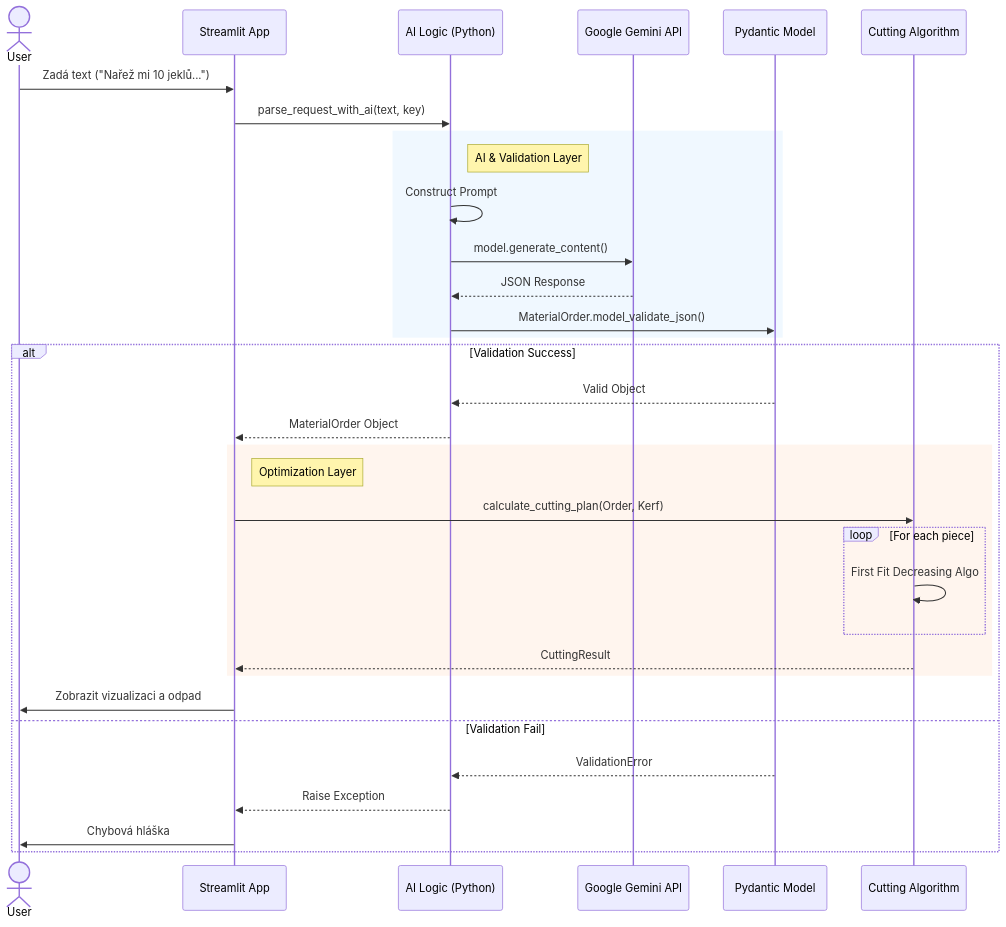
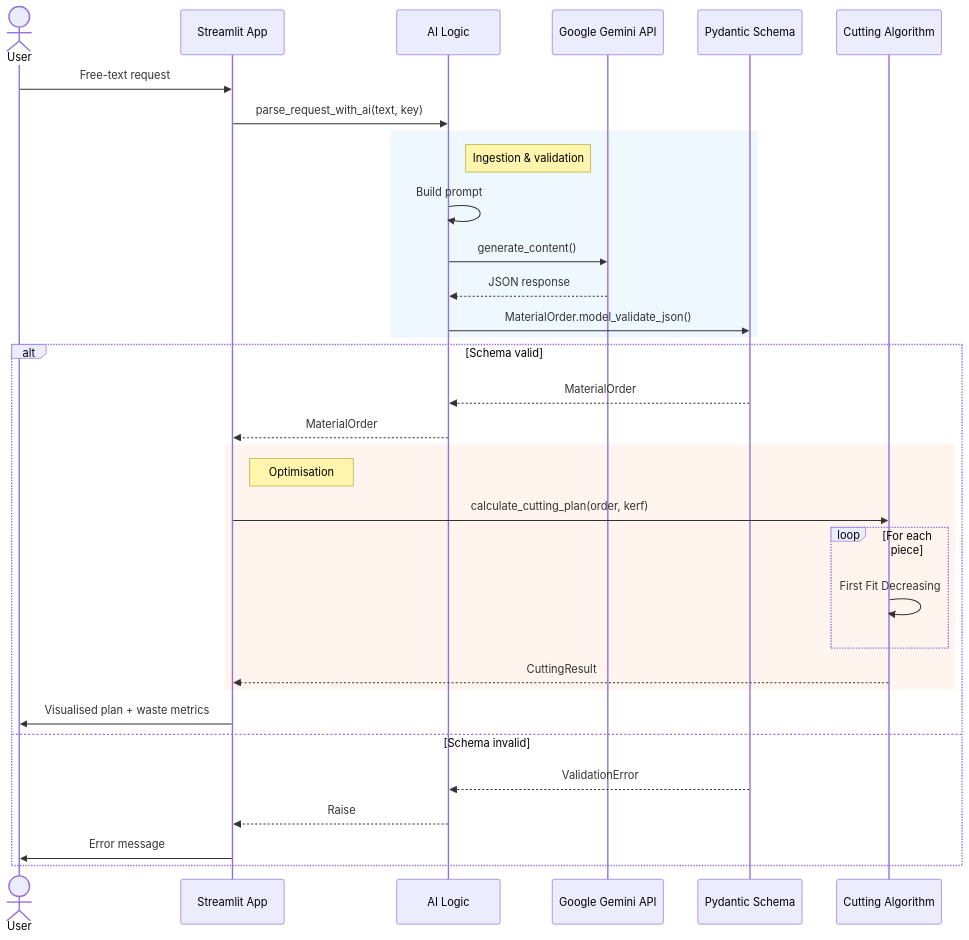
One commit to janvrzal/llm-cutting-optimizer changed the diagram in README.md. Above: the diagram before and after it, drawn with Mermaid. The commit also changed other lines of this file, not shown here.

````diff
--- a/README.md
+++ b/README.md
@@ -4,40 +19,40 @@
 ```mermaid
 sequenceDiagram
     actor User
     participant UI as Streamlit App
-    participant AI as AI Logic (Python)
-    participant GoogleAPI as Google Gemini API
-    participant Validator as Pydantic Model
+    participant AI as AI Logic
+    participant Gemini as Google Gemini API
+    participant Validator as Pydantic Schema
     participant Solver as Cutting Algorithm
 
-    User->>UI: Zadá text ("Nařež mi 10 jeklů...")
+    User->>UI: Free-text request
     UI->>AI: parse_request_with_ai(text, key)
-    
+
     rect rgb(240, 248, 255)
-    note right of AI: AI & Validation Layer
-    AI->>AI: Construct Prompt
-    AI->>GoogleAPI: model.generate_content()
-    GoogleAPI-->>AI: JSON Response
-    AI->>Validator: MaterialOrder.model_validate_json()
+        note right of AI: Ingestion & validation
+        AI->>AI: Build prompt
+        AI->>Gemini: generate_content()
+        Gemini-->>AI: JSON response
+        AI->>Validator: MaterialOrder.model_validate_json()
     end
 
-    alt Validation Success
-        Validator-->>AI: Valid Object
-        AI-->>UI: MaterialOrder Object
-        
+    alt Schema valid
+        Validator-->>AI: MaterialOrder
+        AI-->>UI: MaterialOrder
+
         rect rgb(255, 245, 238)
-        note right of UI: Optimization Layer
-        UI->>Solver: calculate_cutting_plan(Order, Kerf)
-        loop For each piece
-            Solver->>Solver: First Fit Decreasing Algo
+            note right of UI: Optimisation
+            UI->>Solver: calculate_cutting_plan(order, kerf)
+            loop For each piece
+                Solver->>Solver: First Fit Decreasing
+            end
+            Solver-->>UI: CuttingResult
         end
-        Solver-->>UI: CuttingResult
-        end
-        
-        UI->>User: Zobrazit vizualizaci a odpad
-    else Validation Fail
+
+        UI->>User: Visualised plan + waste metrics
+    else Schema invalid
         Validator-->>AI: ValidationError
-        AI-->>UI: Raise Exception
-        UI->>User: Chybová hláška
+        AI-->>UI: Raise
+        UI->>User: Error message
     end
 ```
````
